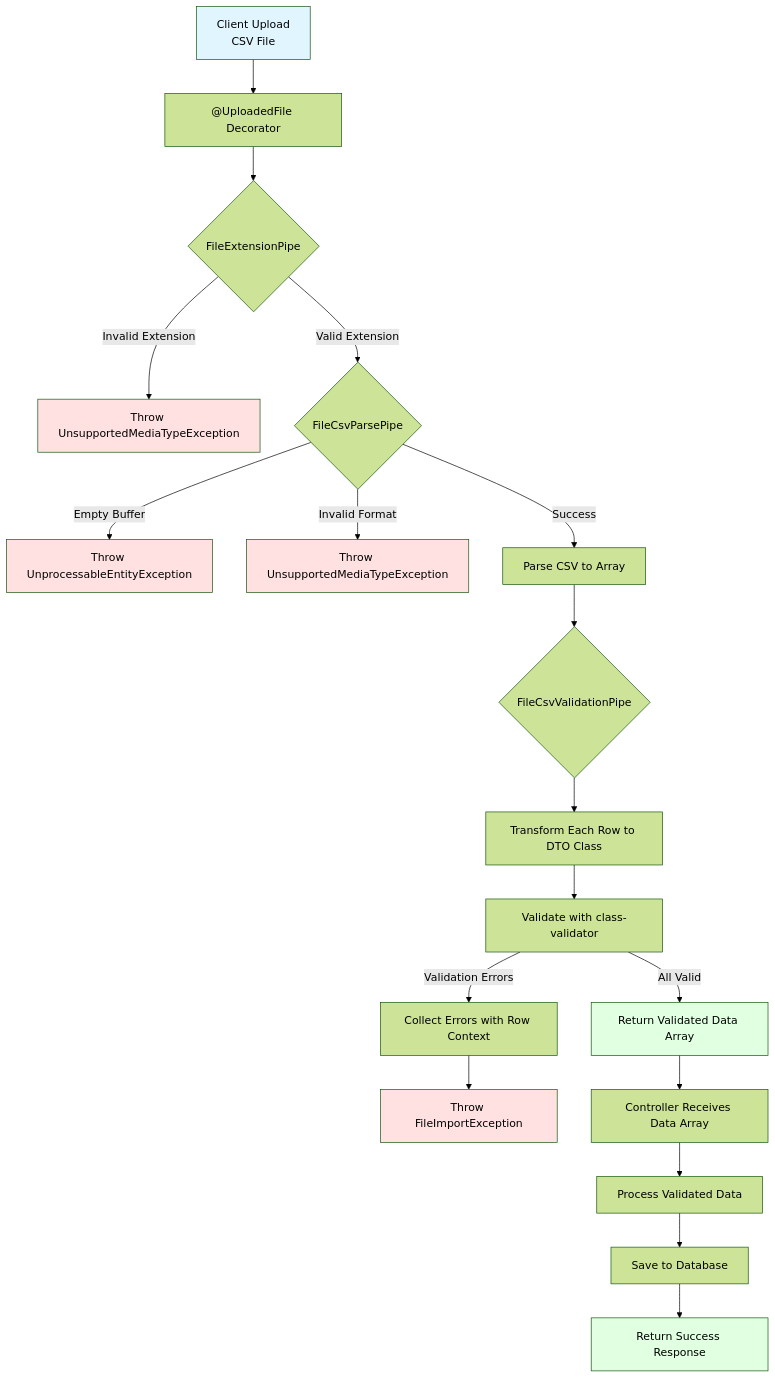
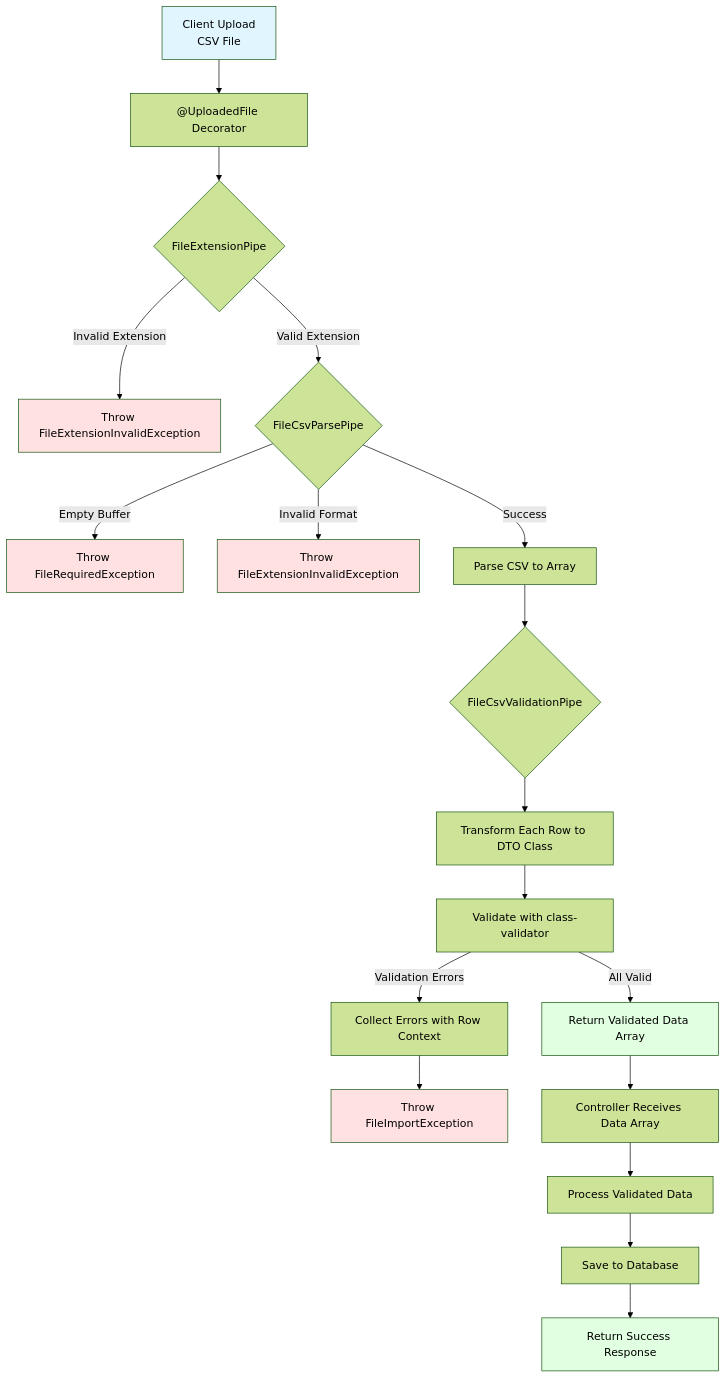
Before and after one commit to andrechristikan/ack-nestjs-boilerplate: the diagram in docs/file-upload.md, drawn with Mermaid (forest theme). The commit also changed other lines of this file and 156 other files, not shown here.

````diff
--- a/docs/file-upload.md
+++ b/docs/file-upload.md
@@ -171,35 +171,35 @@
 ```mermaid
 flowchart TD
     A[Client Upload<br/>CSV File] --> B[ @UploadedFile Decorator]
     B --> C{FileExtensionPipe}
     
-    C -->|Invalid Extension| D[Throw UnsupportedMediaTypeException]
+    C -->|Invalid Extension| D[Throw FileExtensionInvalidException]
     C -->|Valid Extension| E{FileCsvParsePipe}
     
-    E -->|Empty Buffer| F[Throw UnprocessableEntityException]
-    E -->|Invalid Format| G[Throw UnsupportedMediaTypeException]
+    E -->|Empty Buffer| F[Throw FileRequiredException]
+    E -->|Invalid Format| G[Throw FileExtensionInvalidException]
     E -->|Success| H[Parse CSV to Array]
     
     H --> I{FileCsvValidationPipe}
     
     I --> J[Transform Each Row to DTO Class]
     J --> K[Validate with class-validator]
     
     K -->|Validation Errors| L[Collect Errors with Row Context]
     L --> M[Throw FileImportException]
     
     K -->|All Valid| N[Return Validated Data Array]
     N --> O[Controller Receives Data Array]
     O --> P[Process Validated Data]
     
     P --> Q[Save to Database]
     Q --> R[Return Success Response]
     
     style A fill:#e1f5ff
     style D fill:#ffe1e1
     style F fill:#ffe1e1
     style G fill:#ffe1e1
     style M fill:#ffe1e1
     style N fill:#e1ffe1
     style R fill:#e1ffe1
 ```
````
